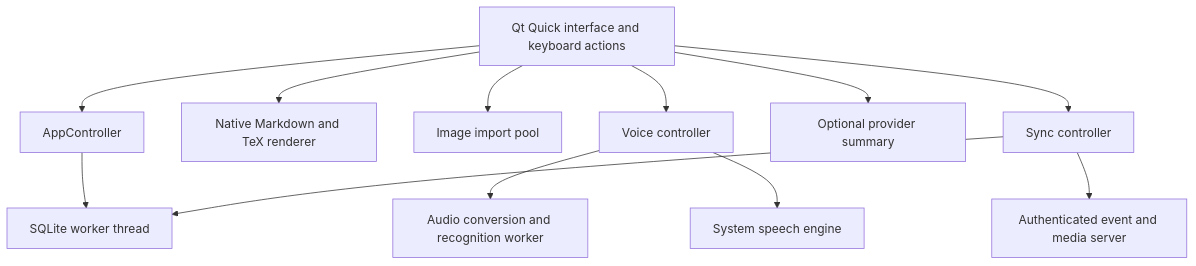
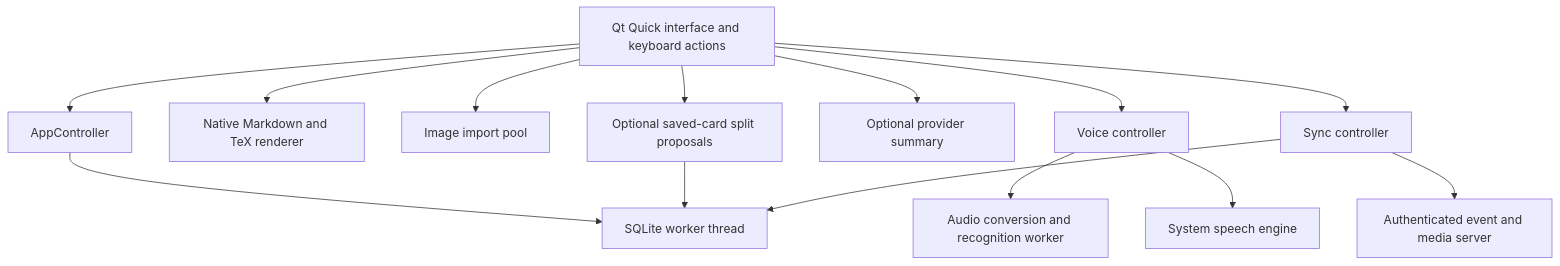
Before and after one commit to memphis242/betterflash: the diagram in docs/architecture.md, drawn with Mermaid. The commit also changed other lines of this file and 26 other files, not shown here.

````diff
--- a/docs/architecture.md
+++ b/docs/architecture.md
@@ -3,14 +3,16 @@
 ```mermaid
 flowchart TB
     UI[Qt Quick interface and keyboard actions] --> Controller[AppController]
     Controller --> Database[SQLite worker thread]
     UI --> Renderer[Native Markdown and TeX renderer]
     UI --> Media[Image import pool]
     UI --> Voice[Voice controller]
     Voice --> Audio[Audio conversion and recognition worker]
     Voice --> Speech[System speech engine]
     UI --> Summary[Optional provider summary]
+    UI --> Atomicize[Optional saved-card split proposals]
+    Atomicize --> Database
     UI --> Sync[Sync controller]
     Sync --> Database
     Sync --> Server[Authenticated event and media server]
 ```
````
